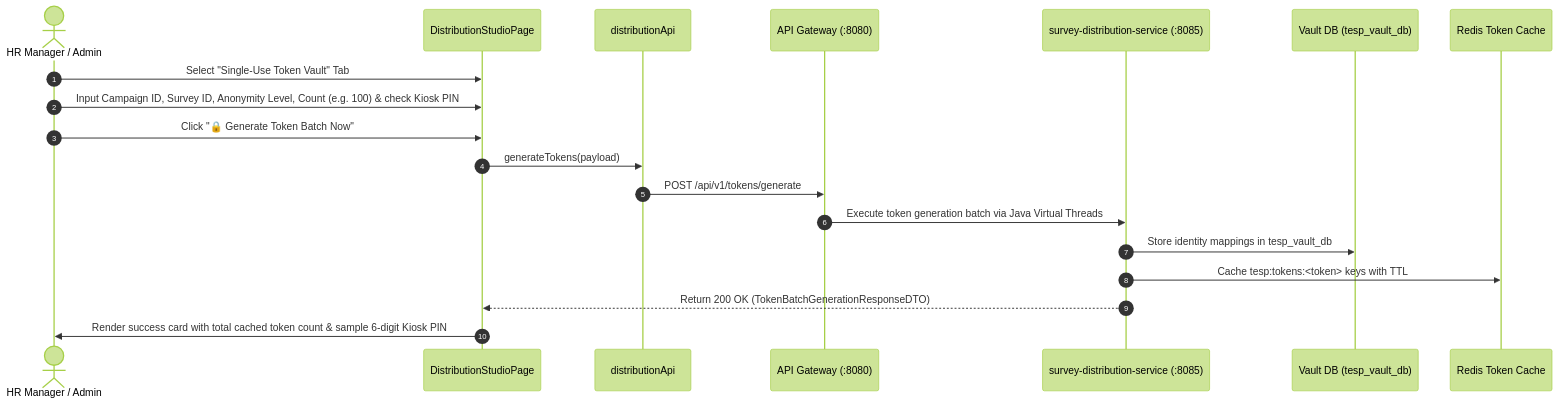
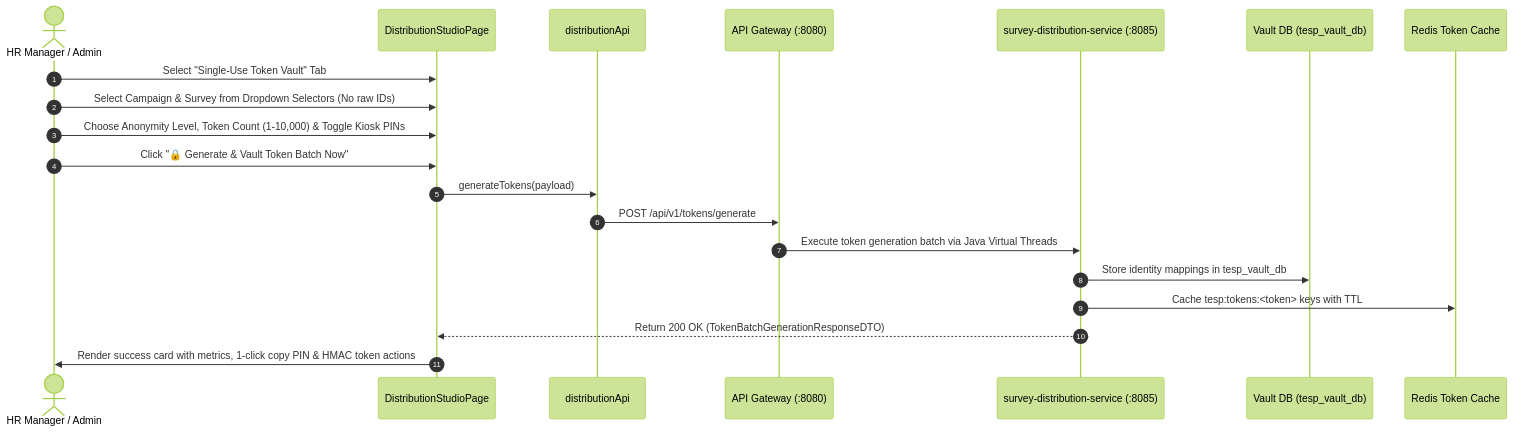
The diagram in docs/frontend-audit/FEAT-005/PF-005-02.md (kavicastelo/talnova-enterprise-survey-platform), drawn with Mermaid (forest theme) before and after one commit. The commit also changed other lines of this file and 10 other files, not shown here.

````diff
--- a/docs/frontend-audit/FEAT-005/PF-005-02.md
+++ b/docs/frontend-audit/FEAT-005/PF-005-02.md
@@ -38,22 +38,23 @@
 ```mermaid
 sequenceDiagram
     autonumber
     actor HR as HR Manager / Admin
     participant Studio as DistributionStudioPage
     participant API as distributionApi
     participant GW as API Gateway (:8080)
     participant SDS as survey-distribution-service (:8085)
     participant Vault as Vault DB (tesp_vault_db)
     participant Redis as Redis Token Cache
 
     HR->>Studio: Select "Single-Use Token Vault" Tab
-    HR->>Studio: Input Campaign ID, Survey ID, Anonymity Level, Count (e.g. 100) & check Kiosk PIN
-    HR->>Studio: Click "🔒 Generate Token Batch Now"
+    HR->>Studio: Select Campaign & Survey from Dropdown Selectors (No raw IDs)
+    HR->>Studio: Choose Anonymity Level, Token Count (1-10,000) & Toggle Kiosk PINs
+    HR->>Studio: Click "🔒 Generate & Vault Token Batch Now"
     Studio->>API: generateTokens(payload)
     API->>GW: POST /api/v1/tokens/generate
     GW->>SDS: Execute token generation batch via Java Virtual Threads
     SDS->>Vault: Store identity mappings in tesp_vault_db
     SDS->>Redis: Cache tesp:tokens:<token> keys with TTL
     SDS-->>Studio: Return 200 OK (TokenBatchGenerationResponseDTO)
-    Studio->>HR: Render success card with total cached token count & sample 6-digit Kiosk PIN
+    Studio->>HR: Render success card with metrics, 1-click copy PIN & HMAC token actions
 ```
````
